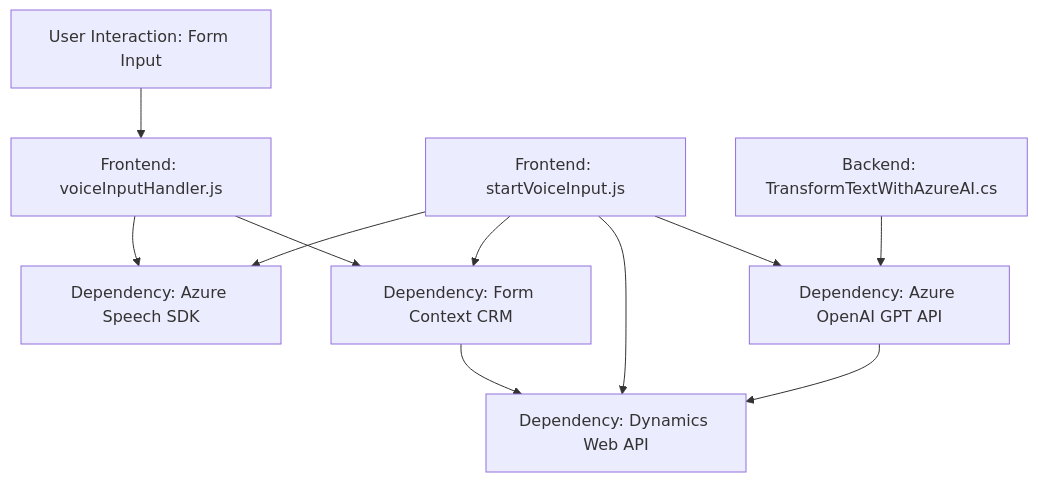
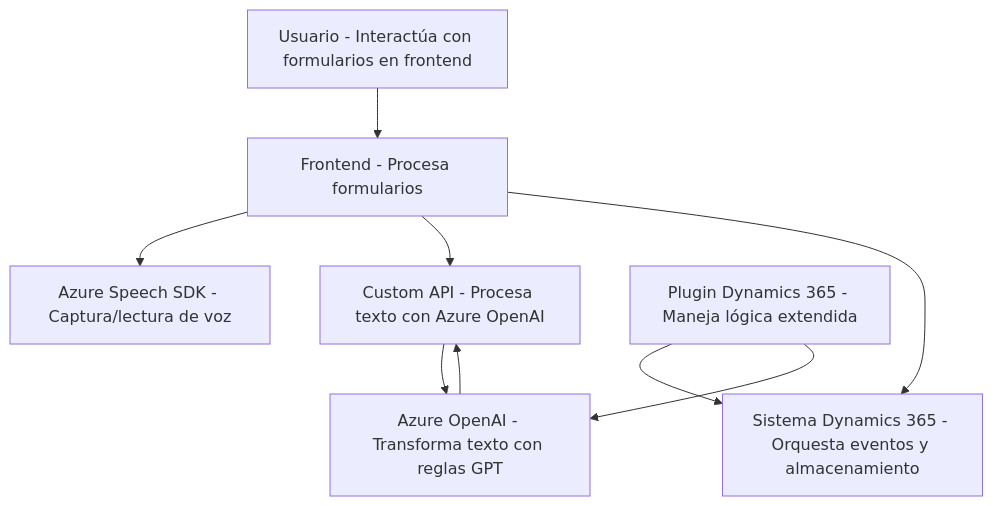
One commit to blopezdm/NETCORE_BILBAO2025 changed the diagram in README.md. Above: the diagram before and after it, drawn with Mermaid. The commit also changed other lines of this file, not shown here.

Commit message:
Actualizar análisis global de la solución con IA

````diff
--- a/README.md
+++ b/README.md
@@ -62,22 +77,19 @@
 ```mermaid
 graph TD
-    A["Frontend: voiceInputHandler.js"]
-    B["Frontend: startVoiceInput.js"]
-    C["Backend: TransformTextWithAzureAI.cs"]
-    D["Dependency: Azure Speech SDK"]
-    E["Dependency: Dynamics Web API"]
-    F["Dependency: Azure OpenAI GPT API"]
-    G["Dependency: Form Context CRM"]
-    H["User Interaction: Form Input"]
+    A["Usuario - Interactúa con formularios en frontend"]
+    B["Frontend - Procesa formularios"]
+    C["Azure Speech SDK - Captura/lectura de voz"]
+    D["Custom API - Procesa texto con Azure OpenAI"]
+    E["Azure OpenAI - Transforma texto con reglas GPT"]
+    F["Plugin Dynamics 365 - Maneja lógica extendida"]
+    G["Sistema Dynamics 365 - Orquesta eventos y almacenamiento"]
 
-    H --> A
-    A --> D
-    A --> G
+    A --> B
+    B --> C
     B --> D
+    D --> E
+    E --> D
     B --> G
-    B --> E
-    B --> F
-    G --> E
-    C --> F
+    F --> G
     F --> E
 ```
````
